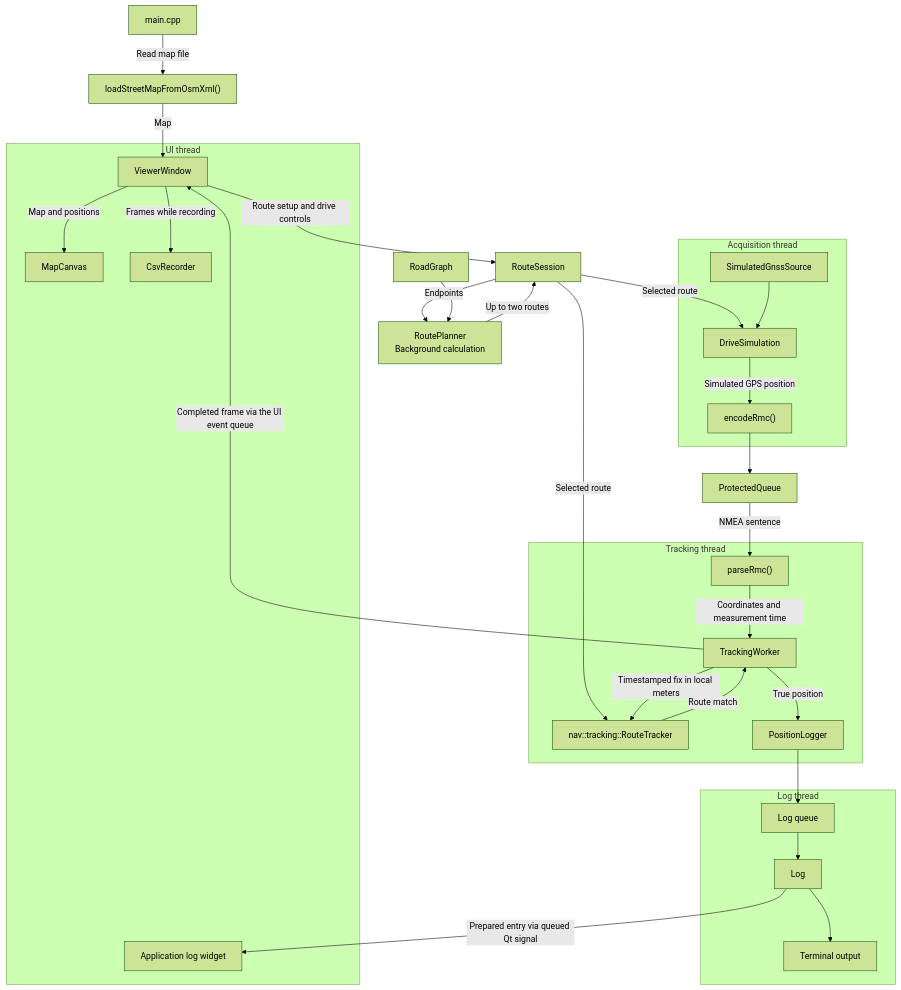
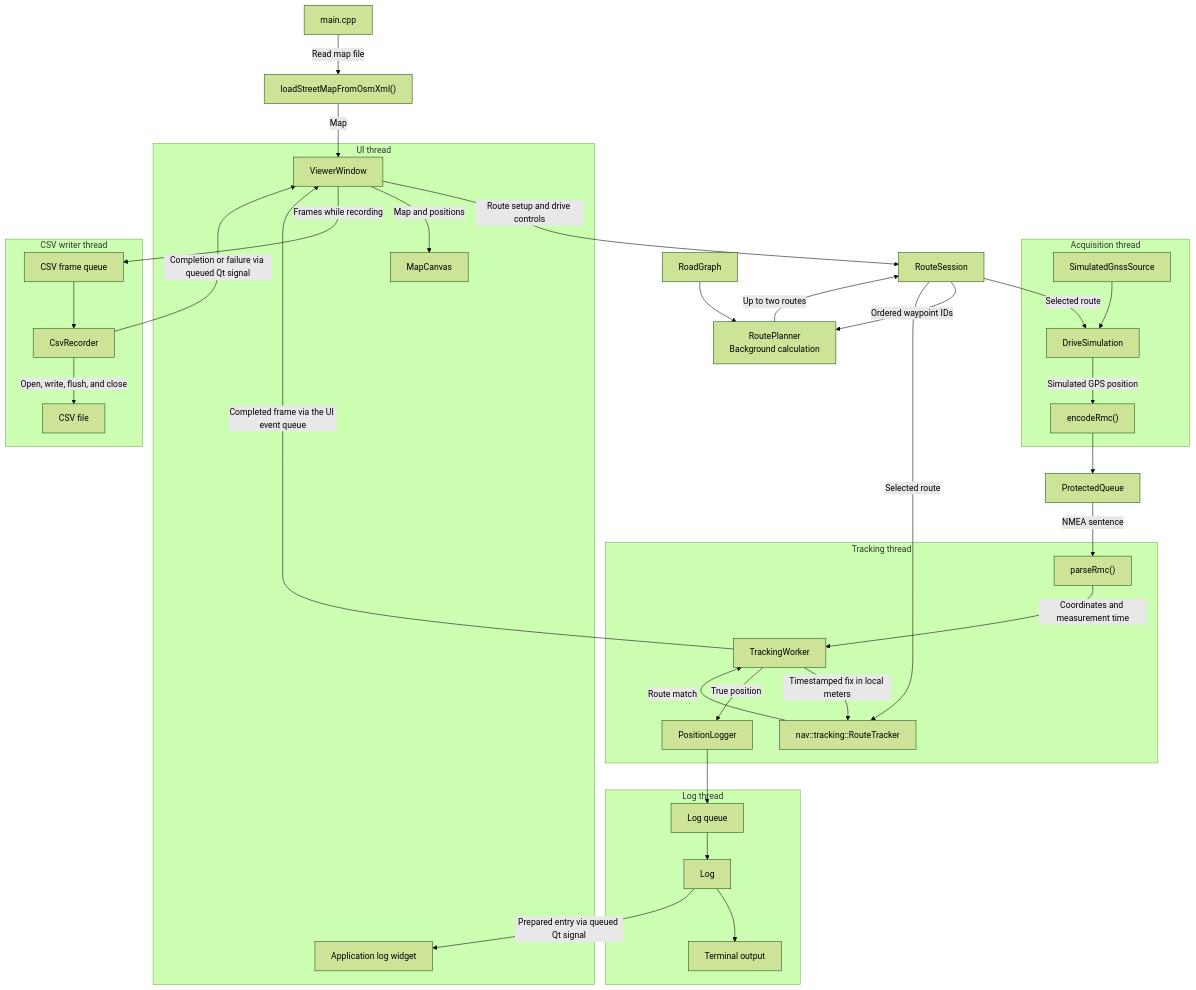
The diagram in README.md (niklaskarel/NavNative), drawn with Mermaid (forest theme) before and after one commit. The commit also changed other lines of this file and 15 other files, not shown here.

Commit message:
Add multi-stop waypoint routing and synchronous CSV recording

````diff
--- a/README.md
+++ b/README.md
@@ -37,39 +37,45 @@
 ```mermaid
 flowchart TD
     Main["main.cpp"] -->|"Read map file"| Import["loadStreetMapFromOsmXml()"]
     Import -->|"Map"| Window["ViewerWindow"]
     Window -->|"Route setup and drive controls"| Session["RouteSession"]
-    Session -->|"Endpoints"| Planner["RoutePlanner<br/>Background calculation"]
+    Session -->|"Ordered waypoint IDs"| Planner["RoutePlanner<br/>Background calculation"]
     Graph["RoadGraph"] --> Planner
     Planner -->|"Up to two routes"| Session
     Session -->|"Selected route"| Simulation
     Session -->|"Selected route"| Tracker
 
     subgraph Acquisition["Acquisition thread"]
         Source["SimulatedGnssSource"] --> Simulation["DriveSimulation"]
         Simulation -->|"Simulated GPS position"| Encode["encodeRmc()"]
     end
     Encode --> Queue["ProtectedQueue"]
     Queue -->|"NMEA sentence"| Decode
     subgraph Processing["Tracking thread"]
         Decode["parseRmc()"] -->|"Coordinates and measurement time"| Worker["TrackingWorker"]
         Worker -->|"Timestamped fix in local meters"| Tracker["nav::tracking::RouteTracker"]
         Tracker -->|"Route match"| Worker
         Worker -->|"True position"| PositionLogger["PositionLogger"]
     end
 
     subgraph Interface["UI thread"]
         Window -->|"Map and positions"| Canvas["MapCanvas"]
-        Window -->|"Frames while recording"| Recorder["CsvRecorder"]
         LogView["Application log widget"]
     end
+
+    Window -->|"Frames while recording"| CsvQueue["CSV frame queue"]
+    subgraph Recording["CSV writer thread"]
+        CsvQueue --> Recorder["CsvRecorder"]
+        Recorder -->|"Open, write, flush, and close"| CsvFile["CSV file"]
+    end
+    Recorder -->|"Completion or failure via queued Qt signal"| Window
 
     PositionLogger --> LogQueue["Log queue"]
     subgraph Logging["Log thread"]
         LogQueue --> LogWorker["Log"]
         LogWorker --> Terminal["Terminal output"]
     end
     LogWorker -->|"Prepared entry via queued Qt signal"| LogView
 
     Worker -->|"Completed frame via the UI event queue"| Window
 ```
````
